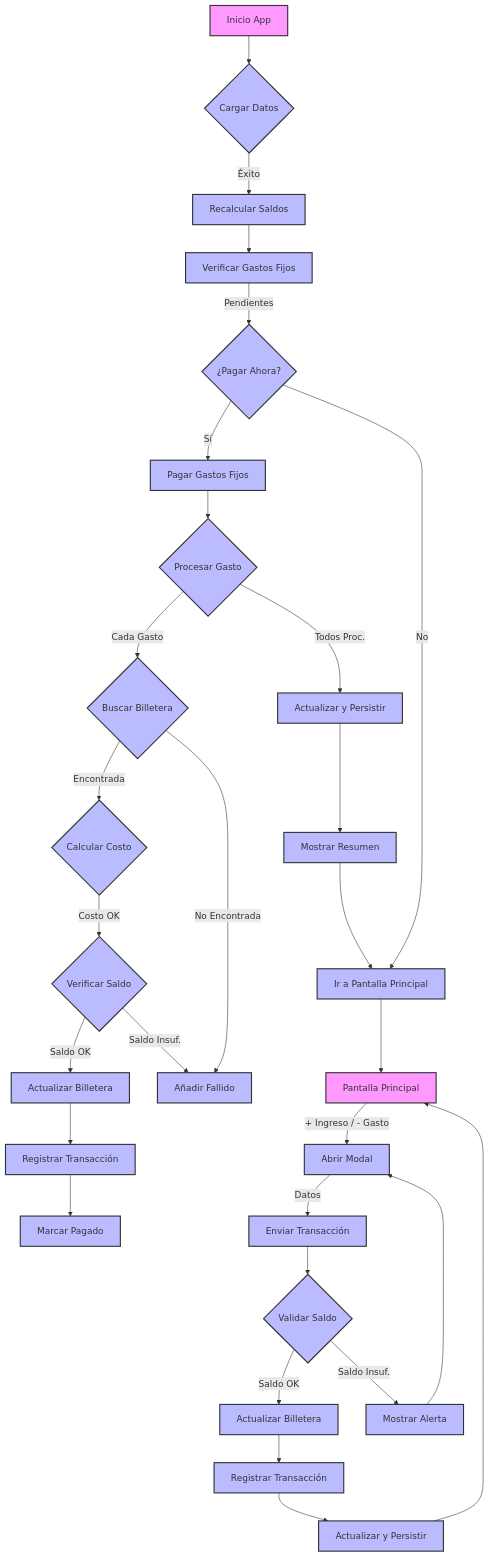
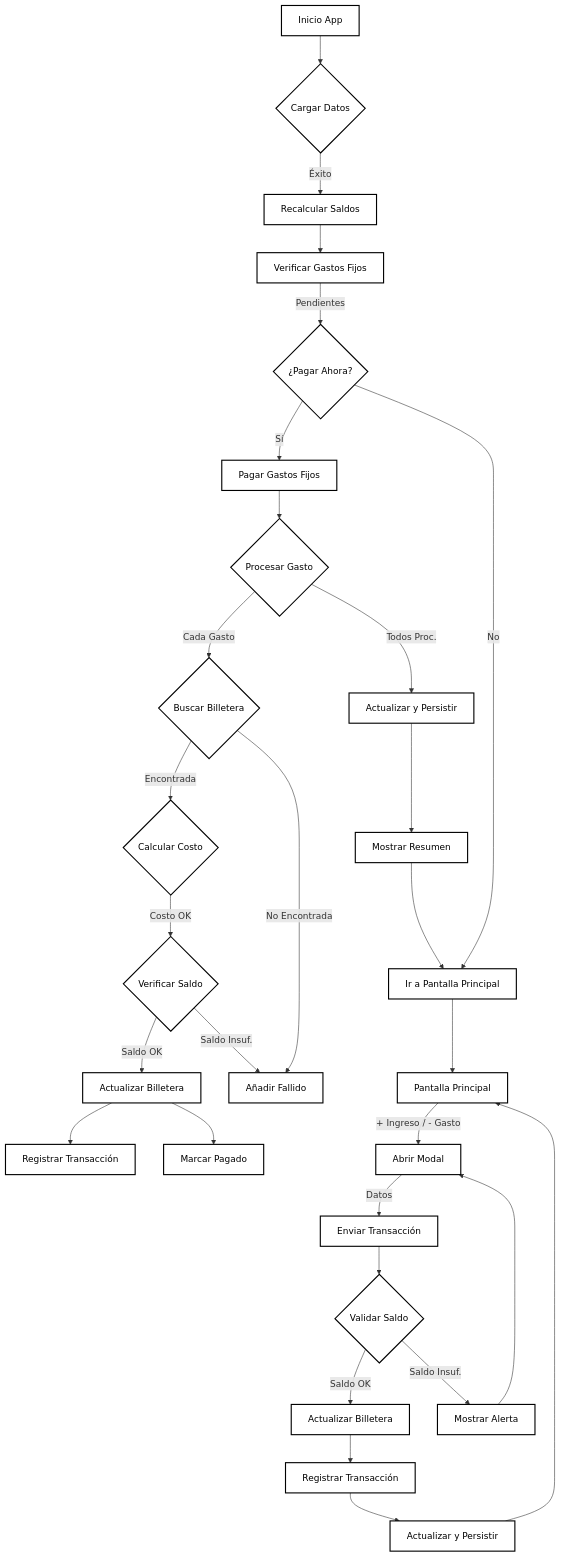
One commit to AnthoFu/FinanciaMe changed the diagram in README.md. Above: the diagram before and after it, drawn with Mermaid.

Commit message:
[V1.1.3] Fix: Mejora visual en el diagrama de flujo mermaid

````diff
--- a/README.md
+++ b/README.md
@@ -39,61 +39,61 @@
 ```mermaid
 graph TD
     A[Inicio App] --> B{Cargar Datos};
     B -- Éxito --> C[Recalcular Saldos];
     C --> D[Verificar Gastos Fijos];
 
     D -- Pendientes --> E{¿Pagar Ahora?};
     E -- Sí --> F[Pagar Gastos Fijos];
     E -- No --> G[Ir a Pantalla Principal];
 
     F --> H{Procesar Gasto};
     H -- Cada Gasto --> I{Buscar Billetera};
     I -- Encontrada --> J{Calcular Costo};
     J -- Costo OK --> K{Verificar Saldo};
     K -- Saldo OK --> L[Actualizar Billetera];
     L --> M[Registrar Transacción];
-    M --> N[Marcar Pagado];
+    L --> N[Marcar Pagado];
     K -- Saldo Insuf. --> O[Añadir Fallido];
     I -- No Encontrada --> O;
     H -- Todos Proc. --> P[Actualizar y Persistir];
     P --> Q[Mostrar Resumen];
     Q --> G;
 
     G --> R[Pantalla Principal];
 
     R -- + Ingreso / - Gasto --> S[Abrir Modal];
     S -- Datos --> T[Enviar Transacción];
     T --> U{Validar Saldo};
     U -- Saldo OK --> V[Actualizar Billetera];
     V --> W[Registrar Transacción];
     W --> X[Actualizar y Persistir];
     X --> R;
     U -- Saldo Insuf. --> Y[Mostrar Alerta];
     Y --> S;
 
-    style A fill:#f9f,stroke:#333,stroke-width:2px
-    style B fill:#bbf,stroke:#333,stroke-width:2px
-    style C fill:#bbf,stroke:#333,stroke-width:2px
-    style D fill:#bbf,stroke:#333,stroke-width:2px
-    style E fill:#bbf,stroke:#333,stroke-width:2px
-    style F fill:#bbf,stroke:#333,stroke-width:2px
-    style G fill:#bbf,stroke:#333,stroke-width:2px
-    style H fill:#bbf,stroke:#333,stroke-width:2px
-    style I fill:#bbf,stroke:#333,stroke-width:2px
-    style J fill:#bbf,stroke:#333,stroke-width:2px
-    style K fill:#bbf,stroke:#333,stroke-width:2px
-    style L fill:#bbf,stroke:#333,stroke-width:2px
-    style M fill:#bbf,stroke:#333,stroke-width:2px
-    style N fill:#bbf,stroke:#333,stroke-width:2px
-    style O fill:#bbf,stroke:#333,stroke-width:2px
-    style P fill:#bbf,stroke:#333,stroke-width:2px
-    style Q fill:#bbf,stroke:#333,stroke-width:2px
-    style R fill:#f9f,stroke:#333,stroke-width:2px
-    style S fill:#bbf,stroke:#333,stroke-width:2px
-    style T fill:#bbf,stroke:#333,stroke-width:2px
-    style U fill:#bbf,stroke:#333,stroke-width:2px
-    style V fill:#bbf,stroke:#333,stroke-width:2px
-    style W fill:#bbf,stroke:#333,stroke-width:2px
-    style X fill:#bbf,stroke:#333,stroke-width:2px
-    style Y fill:#bbf,stroke:#333,stroke-width:2px
+    style A fill:#ffffff,stroke:#000,stroke-width:2px,color:#000
+    style B fill:#ffffff,stroke:#000,stroke-width:2px,color:#000
+    style C fill:#ffffff,stroke:#000,stroke-width:2px,color:#000
+    style D fill:#ffffff,stroke:#000,stroke-width:2px,color:#000
+    style E fill:#ffffff,stroke:#000,stroke-width:2px,color:#000
+    style F fill:#ffffff,stroke:#000,stroke-width:2px,color:#000
+    style G fill:#ffffff,stroke:#000,stroke-width:2px,color:#000
+    style H fill:#ffffff,stroke:#000,stroke-width:2px,color:#000
+    style I fill:#ffffff,stroke:#000,stroke-width:2px,color:#000
+    style J fill:#ffffff,stroke:#000,stroke-width:2px,color:#000
+    style K fill:#ffffff,stroke:#000,stroke-width:2px,color:#000
+    style L fill:#ffffff,stroke:#000,stroke-width:2px,color:#000
+    style M fill:#ffffff,stroke:#000,stroke-width:2px,color:#000
+    style N fill:#ffffff,stroke:#000,stroke-width:2px,color:#000
+    style O fill:#ffffff,stroke:#000,stroke-width:2px,color:#000
+    style P fill:#ffffff,stroke:#000,stroke-width:2px,color:#000
+    style Q fill:#ffffff,stroke:#000,stroke-width:2px,color:#000
+    style R fill:#ffffff,stroke:#000,stroke-width:2px,color:#000
+    style S fill:#ffffff,stroke:#000,stroke-width:2px,color:#000
+    style T fill:#ffffff,stroke:#000,stroke-width:2px,color:#000
+    style U fill:#ffffff,stroke:#000,stroke-width:2px,color:#000
+    style V fill:#ffffff,stroke:#000,stroke-width:2px,color:#000
+    style W fill:#ffffff,stroke:#000,stroke-width:2px,color:#000
+    style X fill:#ffffff,stroke:#000,stroke-width:2px,color:#000
+    style Y fill:#ffffff,stroke:#000,stroke-width:2px,color:#000
 ```
````
